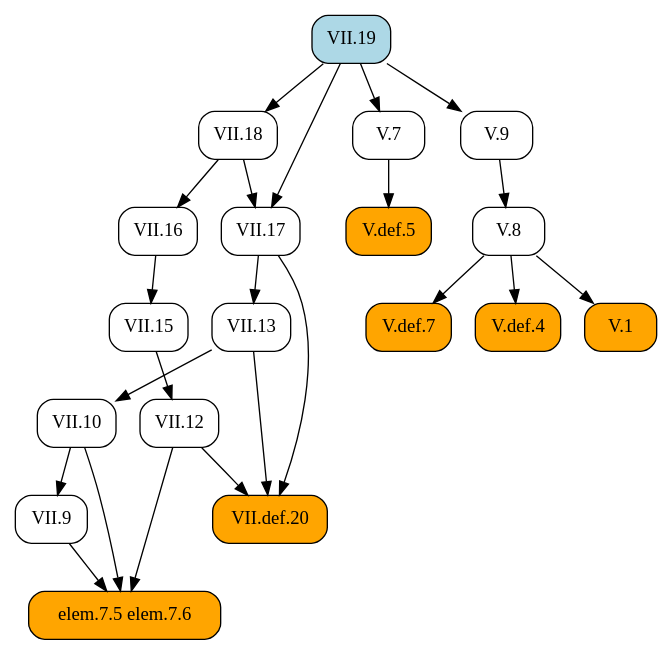
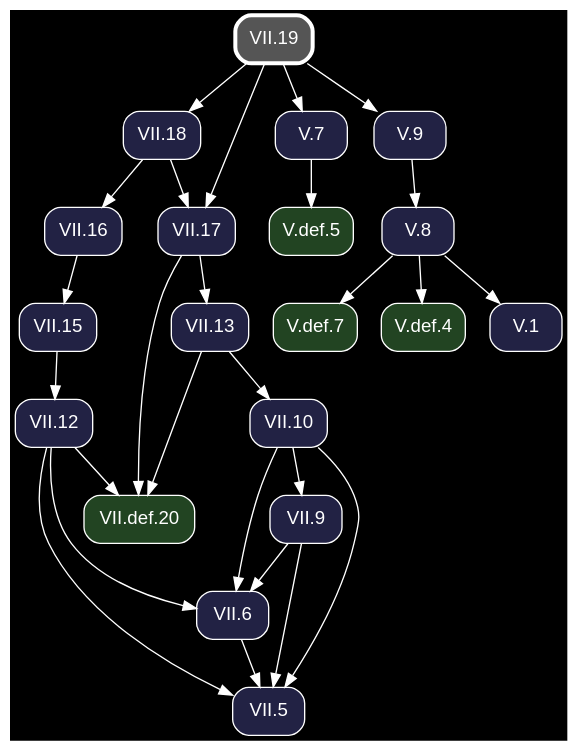
The diagram in docsrc/heath/VII/19/index.rst (geometor/elements), drawn with Graphviz before and after one commit. The commit also changed other lines of this file and 1200 other files, not shown here.

Commit message:
update dependency graphs

```diff
--- a/docsrc/heath/VII/19/index.rst
+++ b/docsrc/heath/VII/19/index.rst
@@ -68,46 +68,53 @@
 .. graphviz::
 
    digraph {
+     bgcolor="black";
+     node [shape=box, style="rounded,filled", fontname="Helvetica", color="white", fontcolor="white"];
+     edge [color="white", fontcolor="white"];
      rankdir="TB";
-     node [shape=box, style=rounded];
-     "VII.12" [URL="/heath/VII/12/", target="_top"];
-     "elem.7.5 elem.7.6" [style="rounded,filled", fillcolor=orange];
-     "V.def.7" [style="rounded,filled", fillcolor=orange, URL="/heath/V/def.7/", target="_top"];
-     "VII.9" [URL="/heath/VII/9/", target="_top"];
-     "VII.18" [URL="/heath/VII/18/", target="_top"];
-     "VII.16" [URL="/heath/VII/16/", target="_top"];
-     "V.7" [URL="/heath/V/7/", target="_top"];
-     "V.def.5" [style="rounded,filled", fillcolor=orange, URL="/heath/V/def.5/", target="_top"];
-     "V.def.4" [style="rounded,filled", fillcolor=orange, URL="/heath/V/def.4/", target="_top"];
-     "V.9" [URL="/heath/V/9/", target="_top"];
-     "VII.10" [URL="/heath/VII/10/", target="_top"];
-     "V.8" [URL="/heath/V/8/", target="_top"];
-     "VII.13" [URL="/heath/VII/13/", target="_top"];
-     "V.1" [style="rounded,filled", fillcolor=orange, URL="/heath/V/1/", target="_top"];
-     "VII.17" [URL="/heath/VII/17/", target="_top"];
-     "VII.19" [style="rounded,filled", fillcolor=lightblue, URL="/heath/VII/19/", target="_top"];
-     "VII.def.20" [style="rounded,filled", fillcolor=orange, URL="/heath/VII/def.20/", target="_top"];
-     "VII.15" [URL="/heath/VII/15/", target="_top"];
-     "VII.15" -> "VII.12";
-     "VII.9" -> "elem.7.5 elem.7.6";
-     "VII.10" -> "elem.7.5 elem.7.6";
-     "VII.12" -> "elem.7.5 elem.7.6";
+     "V.def.5" [fillcolor="#224422", URL="/heath/V/def.5/", target="_top"];
+     "V.def.7" [fillcolor="#224422", URL="/heath/V/def.7/", target="_top"];
+     "VII.18" [fillcolor="#222244", URL="/heath/VII/18/", target="_top"];
+     "V.def.4" [fillcolor="#224422", URL="/heath/V/def.4/", target="_top"];
+     "VII.5" [fillcolor="#222244", URL="/heath/VII/5/", target="_top"];
+     "VII.def.20" [fillcolor="#224422", URL="/heath/VII/def.20/", target="_top"];
+     "VII.6" [fillcolor="#222244", URL="/heath/VII/6/", target="_top"];
+     "VII.16" [fillcolor="#222244", URL="/heath/VII/16/", target="_top"];
+     "VII.15" [fillcolor="#222244", URL="/heath/VII/15/", target="_top"];
+     "VII.13" [fillcolor="#222244", URL="/heath/VII/13/", target="_top"];
+     "V.1" [fillcolor="#222244", URL="/heath/V/1/", target="_top"];
+     "VII.10" [fillcolor="#222244", URL="/heath/VII/10/", target="_top"];
+     "VII.19" [penwidth=3, color="white", fillcolor="#555555", URL="/heath/VII/19/", target="_top"];
+     "V.8" [fillcolor="#222244", URL="/heath/V/8/", target="_top"];
+     "VII.9" [fillcolor="#222244", URL="/heath/VII/9/", target="_top"];
+     "V.7" [fillcolor="#222244", URL="/heath/V/7/", target="_top"];
+     "VII.12" [fillcolor="#222244", URL="/heath/VII/12/", target="_top"];
+     "V.9" [fillcolor="#222244", URL="/heath/V/9/", target="_top"];
+     "VII.17" [fillcolor="#222244", URL="/heath/VII/17/", target="_top"];
+     "V.7" -> "V.def.5";
      "V.8" -> "V.def.7";
-     "VII.10" -> "VII.9";
      "VII.19" -> "VII.18";
-     "VII.18" -> "VII.16";
-     "VII.19" -> "V.7";
-     "V.7" -> "V.def.5";
      "V.8" -> "V.def.4";
-     "VII.19" -> "V.9";
-     "VII.13" -> "VII.10";
-     "V.9" -> "V.8";
-     "VII.17" -> "VII.13";
-     "V.8" -> "V.1";
-     "VII.18" -> "VII.17";
-     "VII.19" -> "VII.17";
+     "VII.6" -> "VII.5";
+     "VII.9" -> "VII.5";
+     "VII.10" -> "VII.5";
+     "VII.12" -> "VII.5";
      "VII.12" -> "VII.def.20";
      "VII.13" -> "VII.def.20";
      "VII.17" -> "VII.def.20";
+     "VII.9" -> "VII.6";
+     "VII.10" -> "VII.6";
+     "VII.12" -> "VII.6";
+     "VII.18" -> "VII.16";
      "VII.16" -> "VII.15";
+     "VII.17" -> "VII.13";
+     "V.8" -> "V.1";
+     "VII.13" -> "VII.10";
+     "V.9" -> "V.8";
+     "VII.10" -> "VII.9";
+     "VII.19" -> "V.7";
+     "VII.15" -> "VII.12";
+     "VII.19" -> "V.9";
+     "VII.18" -> "VII.17";
+     "VII.19" -> "VII.17";
    }
```
